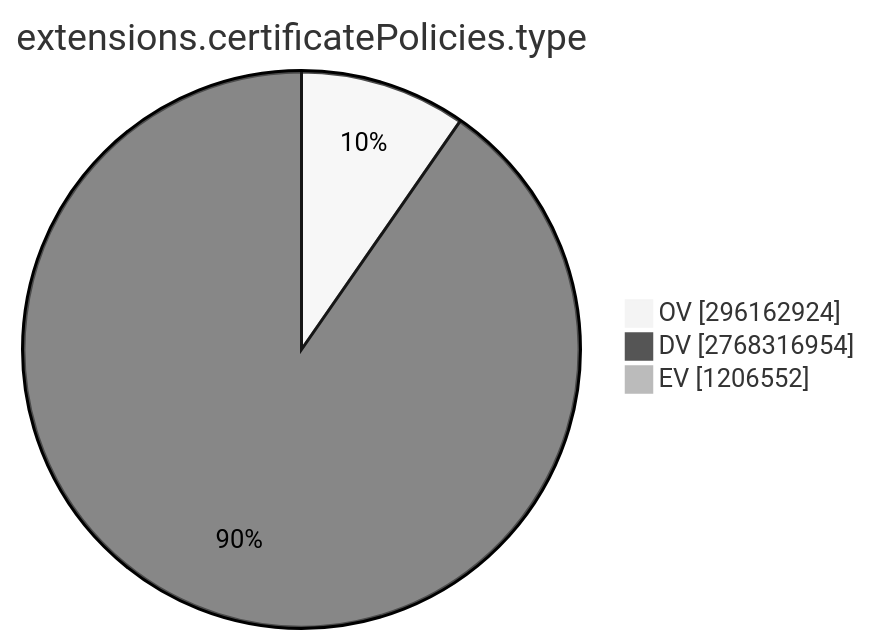
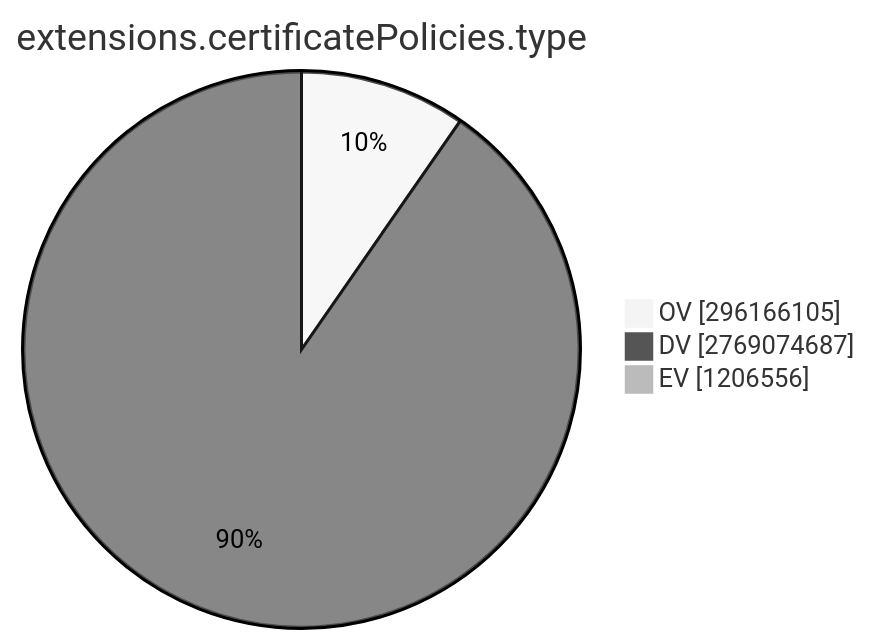
The ninth of 15 diagrams in TOTAL/README.md (christiankrug/ctmonitor_visualization), drawn with Mermaid (neutral theme) before and after one commit. The commit also changed other lines of this file, not shown here.

````diff
--- a/TOTAL/README.md
+++ b/TOTAL/README.md
@@ -3099,7 +3099,7 @@
 ```mermaid
 pie showData
 title extensions.certificatePolicies.type
-"OV" :296162924
-"DV" :2768316954
-"EV" :1206552
+"OV" :296166105
+"DV" :2769074687
+"EV" :1206556
 ```
````
